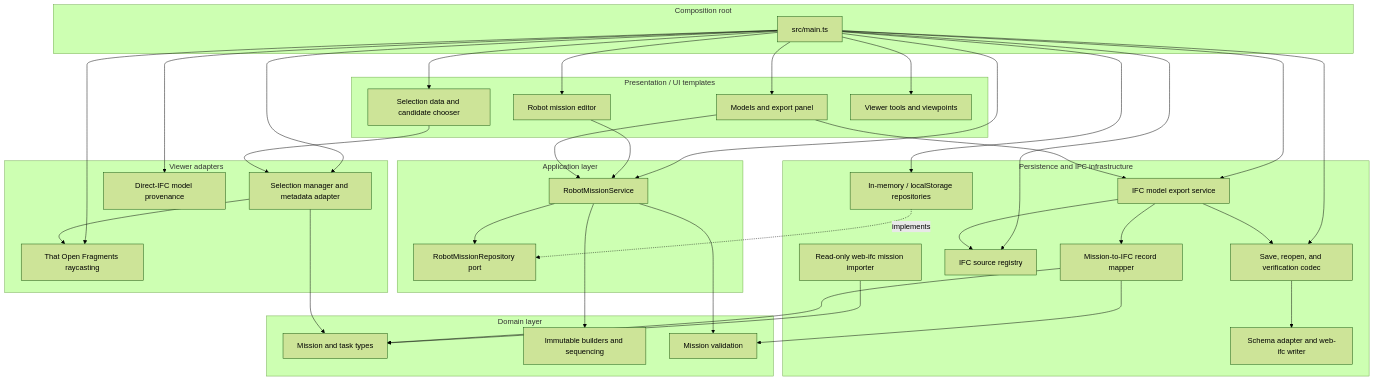
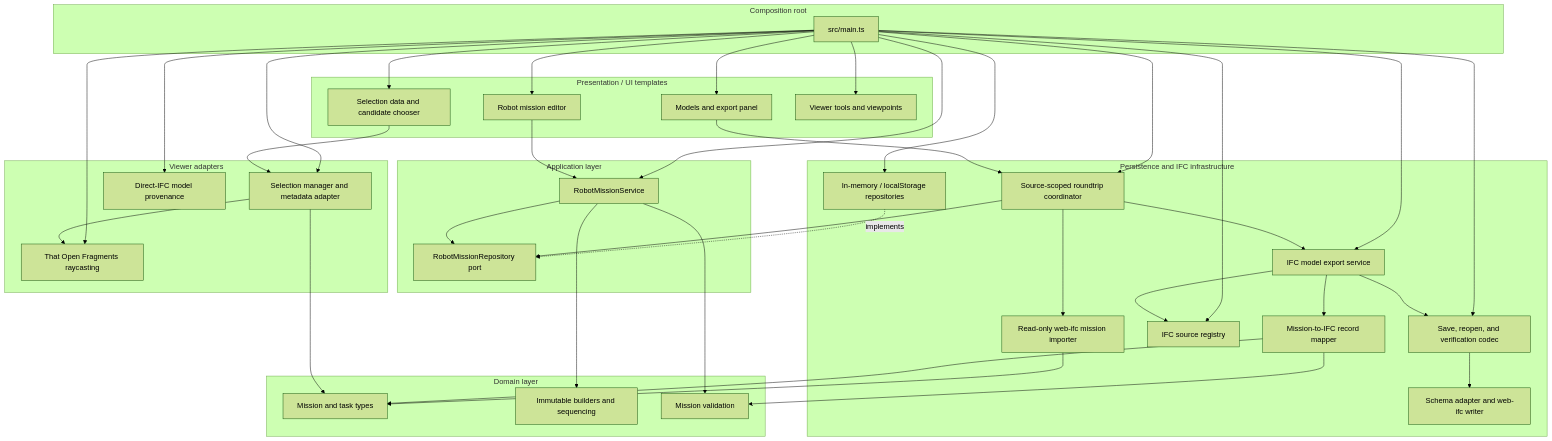
The fourth of 4 diagrams in README.md (Tobilan/poc_thatopen), drawn with Mermaid (forest theme) before and after one commit. The commit also changed other lines of this file and 18 other files, not shown here.

````diff
--- a/README.md
+++ b/README.md
@@ -462,71 +471,75 @@
 ```mermaid
 flowchart TB
   subgraph UI[Presentation / UI templates]
     Models[Models and export panel]
     SelectionUI[Selection data and candidate chooser]
     MissionUI[Robot mission editor]
     ViewerUI[Viewer tools and viewpoints]
   end
 
   subgraph Composition[Composition root]
     Main[src/main.ts]
   end
 
   subgraph Viewer[Viewer adapters]
     Fragments[That Open Fragments raycasting]
     Selection[Selection manager and metadata adapter]
     Provenance[Direct-IFC model provenance]
   end
 
   subgraph Application[Application layer]
     Service[RobotMissionService]
     RepoPort[RobotMissionRepository port]
   end
 
   subgraph Domain[Domain layer]
     Types[Mission and task types]
     Builders[Immutable builders and sequencing]
     Validation[Mission validation]
   end
 
   subgraph Infrastructure[Persistence and IFC infrastructure]
     Repositories[In-memory / localStorage repositories]
     Mapper[Mission-to-IFC record mapper]
     Registry[IFC source registry]
     ExportService[IFC model export service]
     Writer[Schema adapter and web-ifc writer]
     Codec[Save, reopen, and verification codec]
     Importer[Read-only web-ifc mission importer]
+    Roundtrip[Source-scoped roundtrip coordinator]
   end
 
   Main --> Models
   Main --> SelectionUI
   Main --> MissionUI
   Main --> ViewerUI
   Main --> Fragments
   Main --> Selection
   Main --> Provenance
   Main --> Service
   Main --> Repositories
   Main --> Registry
   Main --> ExportService
   Main --> Codec
+  Main --> Roundtrip
 
   MissionUI --> Service
   SelectionUI --> Selection
   Selection --> Fragments
   Selection --> Types
   Service --> Builders
   Service --> Validation
   Service --> RepoPort
   Repositories -. implements .-> RepoPort
-  Models --> Service
-  Models --> ExportService
+  Models --> Roundtrip
+  Roundtrip --> RepoPort
+  Roundtrip --> Importer
+  Roundtrip --> ExportService
   ExportService --> Registry
   ExportService --> Mapper
   ExportService --> Codec
   Codec --> Writer
   Importer --> Types
   Mapper --> Validation
   Mapper --> Types
 ```
````
